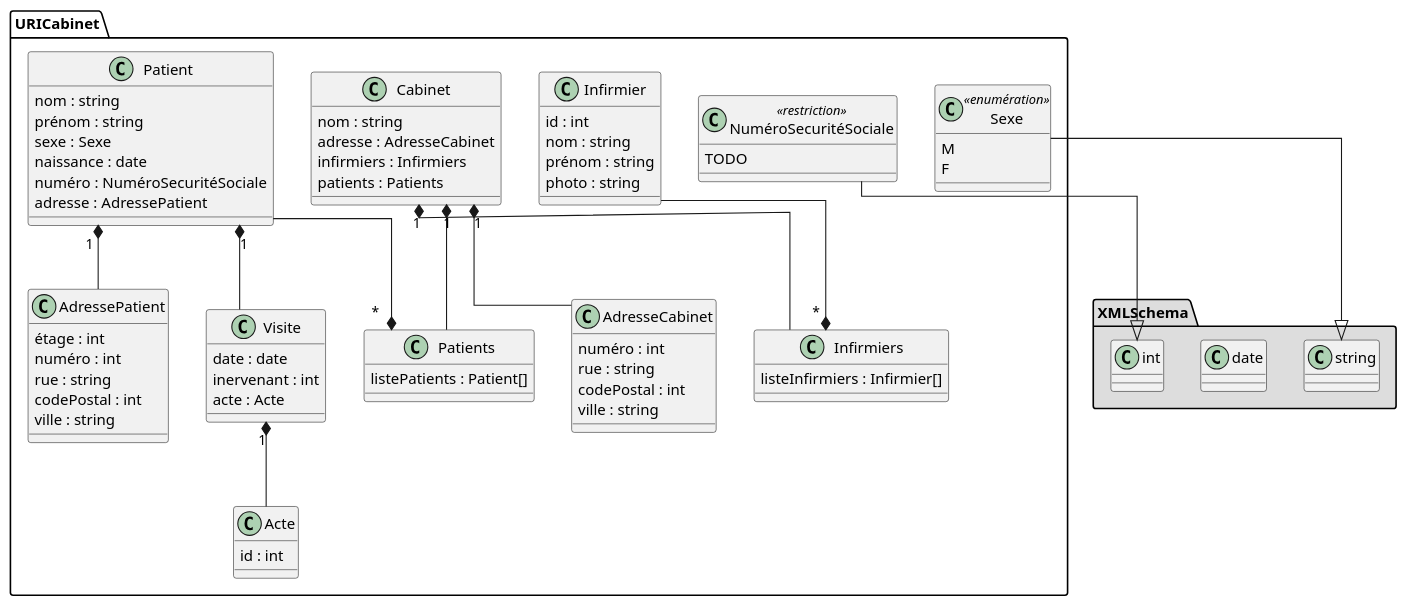
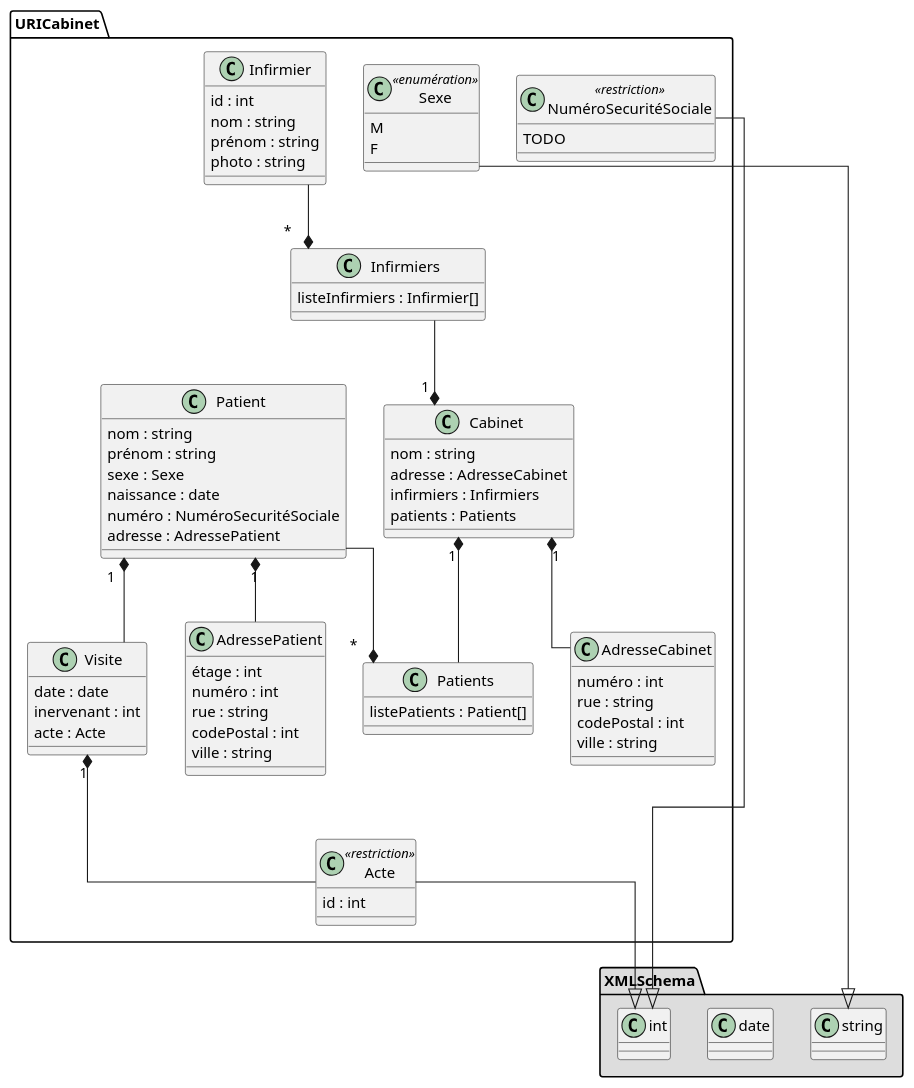
The diagram in data/uml/cabinet_omar.puml (TennesseeAlves/CabinetInfirmier), drawn with PlantUML before and after one commit.

Commit message:
Ajout premier version cabinet.puml

```diff
--- a/data/uml/cabinet_omar.puml
+++ b/data/uml/cabinet_omar.puml
@@ -1,83 +1,85 @@
 @startuml
 
 skinparam linetype ortho
 'l'instruction au dessus est pour avoir des lignes orthogonales...
 
 package XMLSchema #DDDDDD {
     class string
     class date
     class int
 }
 package URICabinet {
     class Cabinet {
         nom : string
         adresse : AdresseCabinet
         infirmiers : Infirmiers
         patients : Patients
     }
     class Infirmier {
         id : int 
         nom : string
         prénom : string
         photo : string
     }
-    class Infirmiers {
-        listeInfirmiers : Infirmier[]
-    }
     class Patient {
         nom : string
         prénom : string
         sexe : Sexe
         naissance : date
         numéro : NuméroSecuritéSociale
         adresse : AdressePatient
     }
     class Patients {
         listePatients : Patient[]
+    }
+    class Infirmiers {
+        listeInfirmiers : Infirmier[]
     }
     class AdresseCabinet {
         numéro : int
         rue : string
         codePostal : int
         ville : string
     }
     class AdressePatient {
         étage : int
         numéro : int
         rue : string
         codePostal : int
         ville : string
     }
     class Sexe <<enumération>> {
         M
         F
     }
     class NuméroSecuritéSociale <<restriction>> {
         TODO 
     }
     class Visite {
         date : date
         inervenant : int 
         acte : Acte
     }
-    class Acte {
+    class Acte <<restriction>> {
         id : int
     }
     
-    Cabinet "1"*-- Infirmiers
+    Sexe --|> string
+    
+    Infirmier --*"*" Infirmiers
+    
+    Infirmiers --*"1" Cabinet
     Cabinet "1"*-- Patients
     Cabinet "1"*-- AdresseCabinet
-    
-    Infirmier --*"*" Infirmiers
     
     Patient "1"*-- Visite
     Patient --*"*" Patients
     Patient "1"*-- AdressePatient
     
     Visite "1"*-- Acte
     
-    Sexe --|> string
+    Acte --|> int
     
     NuméroSecuritéSociale --|> int
 }
 @enduml
```
